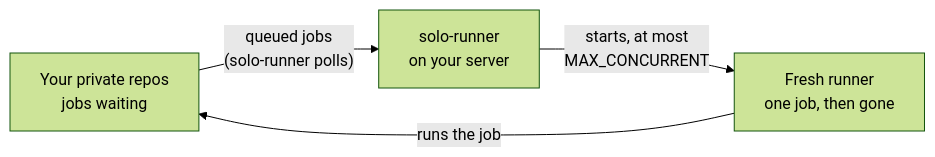
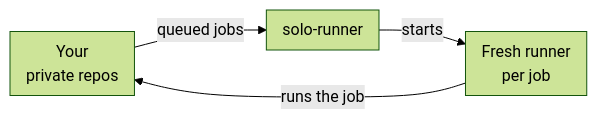
The first of 2 diagrams in README.md (sebiweise/solo-runner), drawn with Mermaid (forest theme) before and after one commit.

Commit message:
Make the README overview diagram narrower
GitHub draws its zoom and pan buttons over the right edge of a Mermaid
diagram; a narrower diagram keeps them clear of the last node.

Claude-Session: https://claude.ai/code/session_01WApp37sHuaDGKQT8MJ4jnv

````diff
--- a/README.md
+++ b/README.md
@@ -21,9 +21,10 @@
 ```mermaid
+%%{init: {"flowchart": {"rankSpacing": 45, "padding": 8}}}%%
 flowchart LR
-    repos["Your private repos<br>jobs waiting"]
-    sr["solo-runner<br>on your server"]
-    runner["Fresh runner<br>one job, then gone"]
-    repos -- "queued jobs<br>(solo-runner polls)" --> sr
-    sr -- "starts, at most<br>MAX_CONCURRENT" --> runner
+    repos["Your<br>private repos"]
+    sr["solo-runner"]
+    runner["Fresh runner<br>per job"]
+    repos -- "queued jobs" --> sr
+    sr -- "starts" --> runner
     runner -- "runs the job" --> repos
 ```
````
